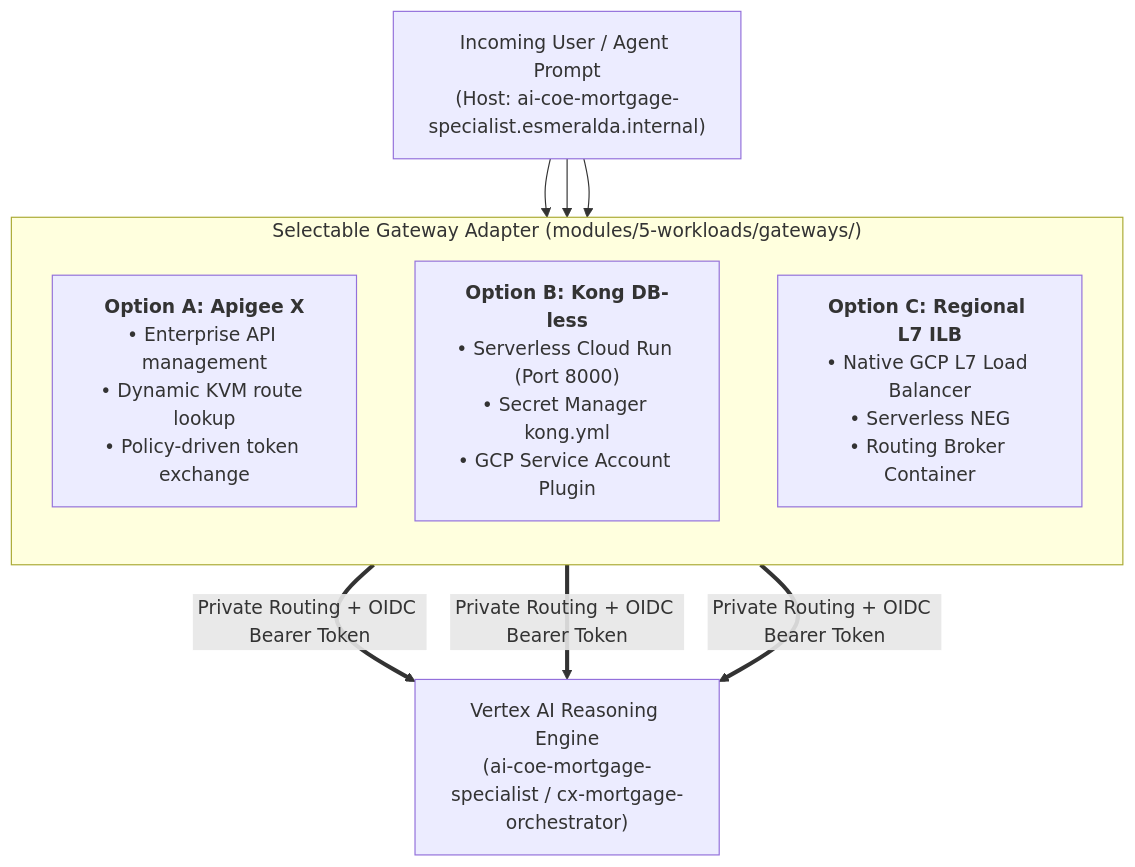
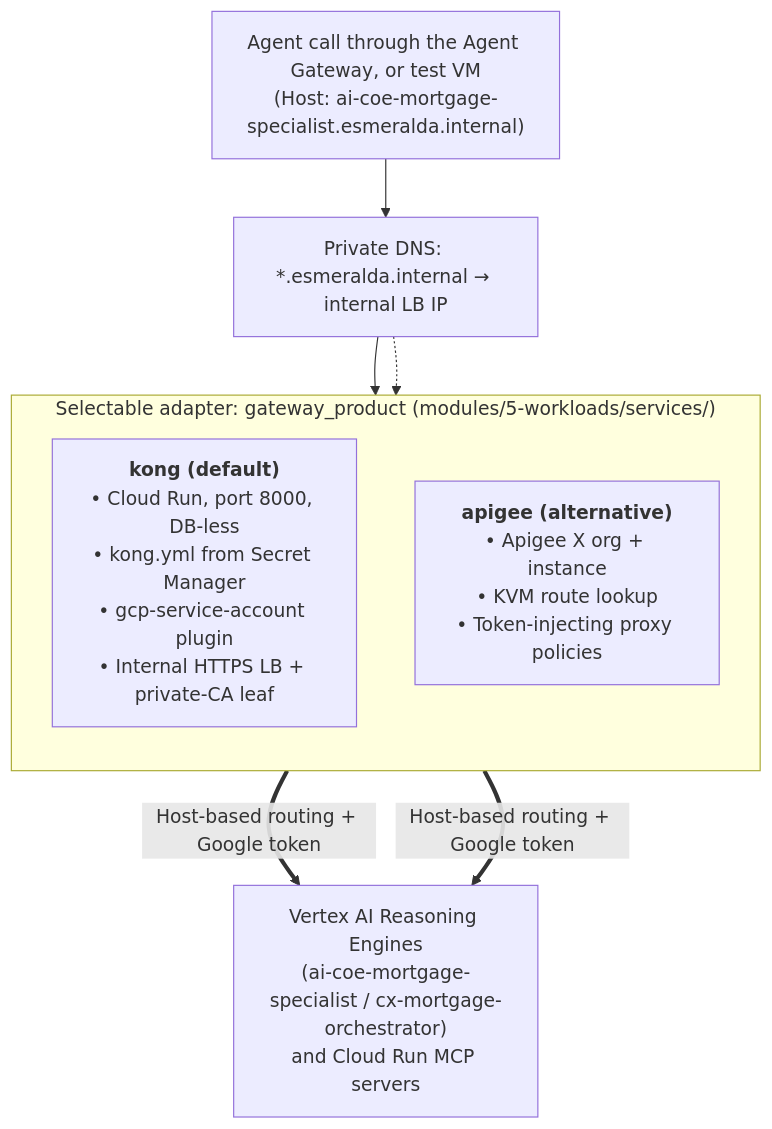
The diagram in docs/2-workloads-and-catalog/01-ingress-gateways.md (google/esmeralda), drawn with Mermaid before and after one commit. The commit also changed other lines of this file and 15 other files, not shown here.

First line of the commit message:
docs: revise all docs for team-based names and current architecture

````diff
--- a/docs/2-workloads-and-catalog/01-ingress-gateways.md
+++ b/docs/2-workloads-and-catalog/01-ingress-gateways.md
@@ -45,16 +51,17 @@
 ```mermaid
 flowchart TD
-    Req["Incoming User / Agent Prompt<br/>(Host: ai-coe-mortgage-specialist.esmeralda.internal)"]
-    
-    subgraph Adapters["Selectable Gateway Adapter (modules/5-workloads/gateways/)"]
+    Req["Agent call through the Agent Gateway, or test VM<br/>(Host: ai-coe-mortgage-specialist.esmeralda.internal)"]
+    DNS["Private DNS: *.esmeralda.internal → internal LB IP"]
+
+    subgraph Adapters["Selectable adapter: gateway_product (modules/5-workloads/services/)"]
         direction TB
-        OptA["<b>Option A: Apigee X</b><br/>• Enterprise API management<br/>• Dynamic KVM route lookup<br/>• Policy-driven token exchange"]
-        OptB["<b>Option B: Kong DB-less</b><br/>• Serverless Cloud Run (Port 8000)<br/>• Secret Manager kong.yml<br/>• GCP Service Account Plugin"]
-        OptC["<b>Option C: Regional L7 ILB</b><br/>• Native GCP L7 Load Balancer<br/>• Serverless NEG<br/>• Routing Broker Container"]
+        OptB["<b>kong (default)</b><br/>• Cloud Run, port 8000, DB-less<br/>• kong.yml from Secret Manager<br/>• gcp-service-account plugin<br/>• Internal HTTPS LB + private-CA leaf"]
+        OptA["<b>apigee (alternative)</b><br/>• Apigee X org + instance<br/>• KVM route lookup<br/>• Token-injecting proxy policies"]
     end
 
-    Backend["Vertex AI Reasoning Engine<br/>(ai-coe-mortgage-specialist / cx-mortgage-orchestrator)"]
+    Backend["Vertex AI Reasoning Engines<br/>(ai-coe-mortgage-specialist / cx-mortgage-orchestrator)<br/>and Cloud Run MCP servers"]
 
-    Req --> OptA & OptB & OptC
-    OptA & OptB & OptC ==>|Private Routing + OIDC Bearer Token| Backend
+    Req --> DNS --> OptB
+    DNS -.-> OptA
+    OptB & OptA ==>|Host-based routing + Google token| Backend
 ```
````
